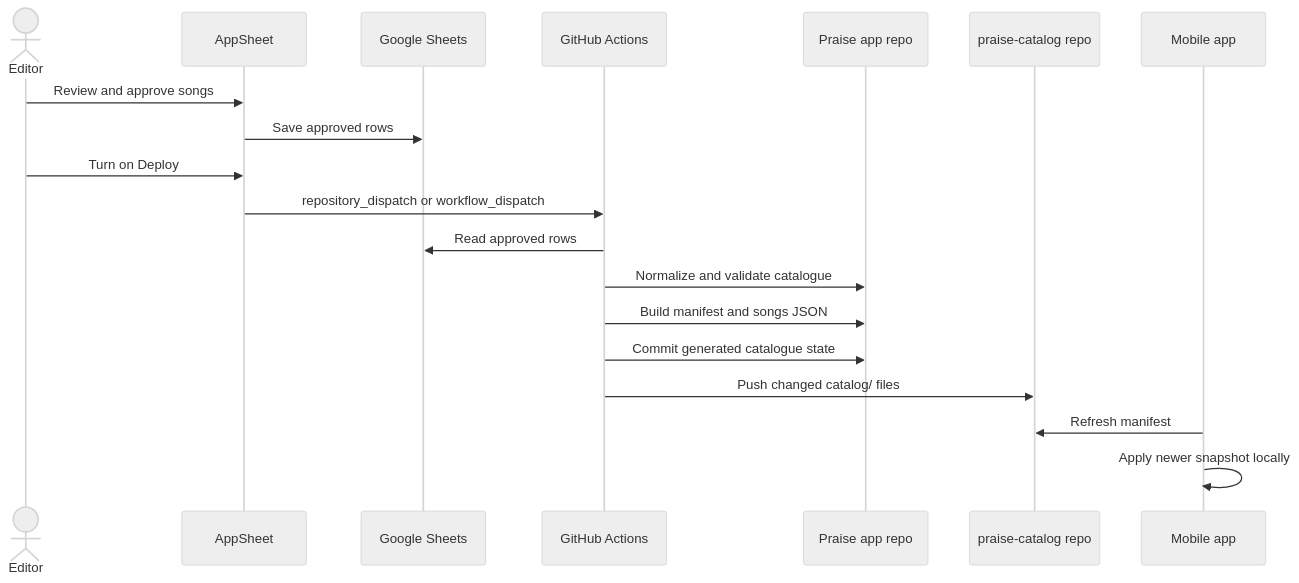
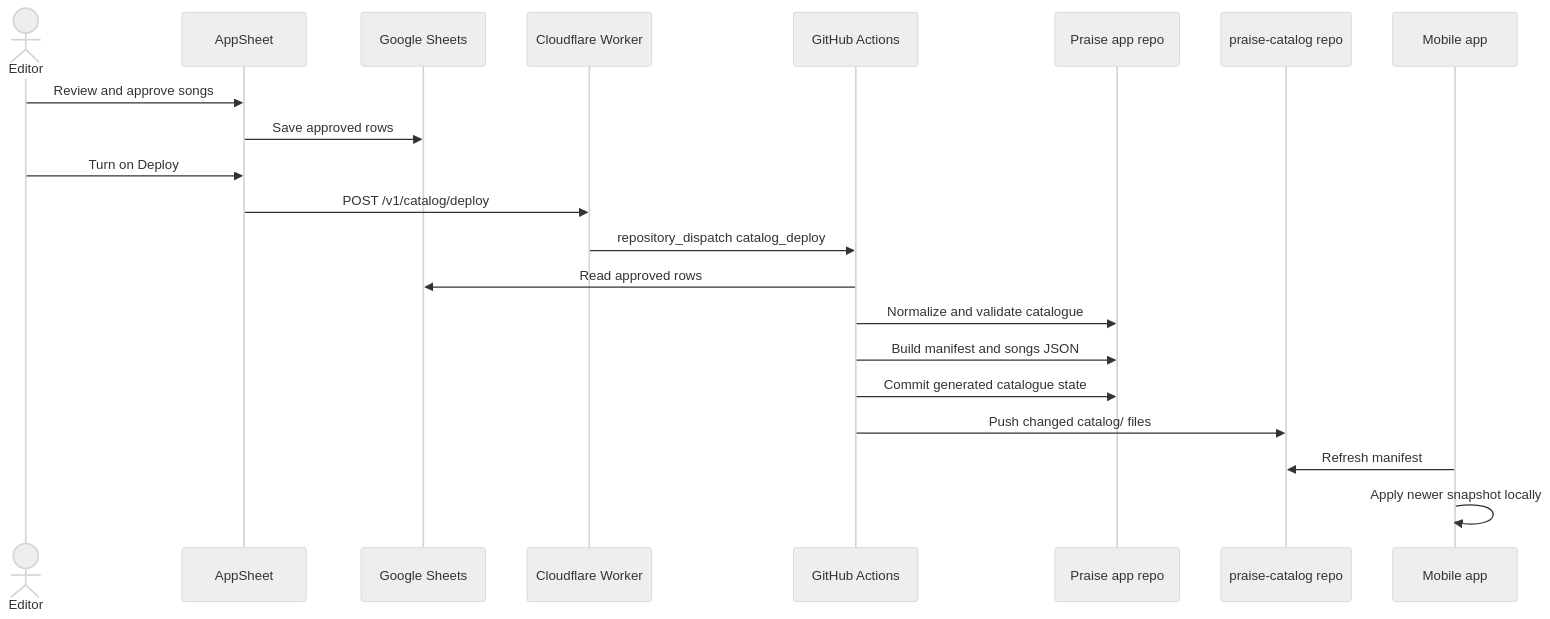
One commit to nani-samireddy/praise changed the diagram in docs/APPSHEET_CATALOG_WORKFLOW.md. Above: the diagram before and after it, drawn with Mermaid (neutral theme). The commit also changed other lines of this file and 5 other files, not shown here.

Commit message:
feat: implement Cloudflare Worker support for catalogue deployment and update API interactions

````diff
--- a/docs/APPSHEET_CATALOG_WORKFLOW.md
+++ b/docs/APPSHEET_CATALOG_WORKFLOW.md
@@ -68,22 +68,24 @@
 ```mermaid
 sequenceDiagram
     actor Editor
     participant AppSheet
     participant Sheets as Google Sheets
+    participant Worker as Cloudflare Worker
     participant Actions as GitHub Actions
     participant AppRepo as Praise app repo
     participant CatRepo as praise-catalog repo
     participant Mobile as Mobile app
 
     Editor->>AppSheet: Review and approve songs
     AppSheet->>Sheets: Save approved rows
     Editor->>AppSheet: Turn on Deploy
-    AppSheet->>Actions: repository_dispatch or workflow_dispatch
+    AppSheet->>Worker: POST /v1/catalog/deploy
+    Worker->>Actions: repository_dispatch catalog_deploy
     Actions->>Sheets: Read approved rows
     Actions->>AppRepo: Normalize and validate catalogue
     Actions->>AppRepo: Build manifest and songs JSON
     Actions->>AppRepo: Commit generated catalogue state
     Actions->>CatRepo: Push changed catalog/ files
     Mobile->>CatRepo: Refresh manifest
     Mobile->>Mobile: Apply newer snapshot locally
 ```
````
